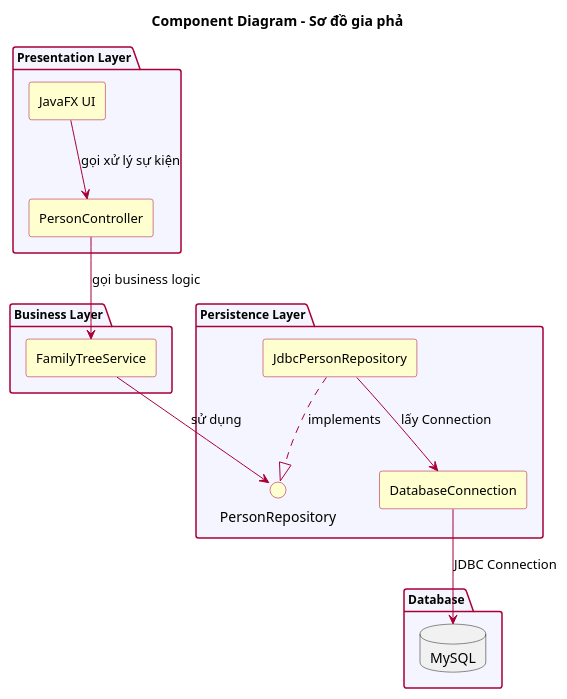
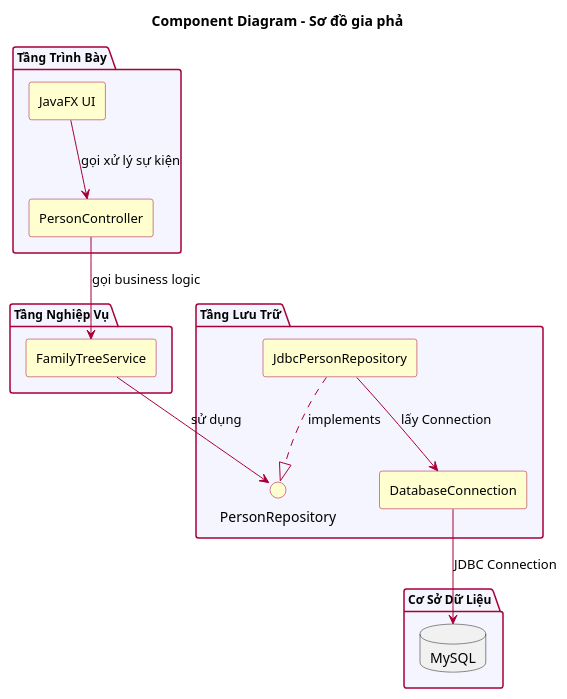
The diagram in docs/uml/component-diagram.puml (minhchien170704/do-an-gia-pha), drawn with PlantUML before and after one commit. The commit also changed 21 other files, not shown here.

First line of the commit message:
docs(uml): dịch toàn bộ sơ đồ sang tiếng Việt + bổ sung bộ test View Layer (#1)

```diff
--- a/docs/uml/component-diagram.puml
+++ b/docs/uml/component-diagram.puml
@@ -1,54 +1,54 @@
 @startuml component-diagram
 
 title Component Diagram - Sơ đồ gia phả
 
 skinparam componentStyle rectangle
 skinparam backgroundColor #FFFFFF
 skinparam component {
     BackgroundColor #FEFECE
     BorderColor #A80036
     FontSize 13
 }
 skinparam interface {
     BackgroundColor #FEFECE
     BorderColor #A80036
 }
 skinparam package {
     BackgroundColor #F5F5FF
     BorderColor #A80036
     FontSize 12
 }
 skinparam ArrowColor #A80036
 
-package "Presentation Layer" {
+package "Tầng Trình Bày" {
     component "JavaFX UI" as UI
     component "PersonController" as Controller
 }
 
-package "Business Layer" {
+package "Tầng Nghiệp Vụ" {
     component "FamilyTreeService" as Service
 }
 
-package "Persistence Layer" {
+package "Tầng Lưu Trữ" {
     interface "PersonRepository" as RepoInterface
     component "JdbcPersonRepository" as JdbcRepo
     component "DatabaseConnection" as DBConn
 }
 
-package "Database" {
+package "Cơ Sở Dữ Liệu" {
     database "MySQL" as MySQL
 }
 
 UI --> Controller : gọi xử lý sự kiện
 
 Controller --> Service : gọi business logic
 
 Service --> RepoInterface : sử dụng
 
 JdbcRepo ..|> RepoInterface : implements
 
 JdbcRepo --> DBConn : lấy Connection
 
 DBConn --> MySQL : JDBC Connection
 
 @enduml
```
